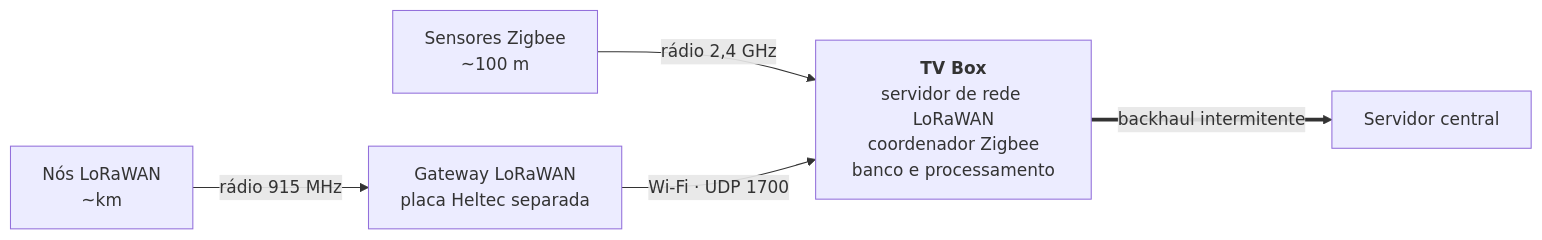
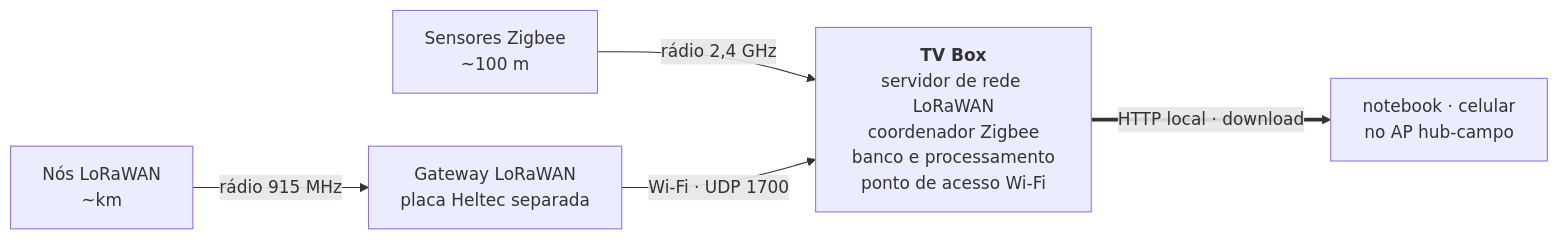
Before and after one commit to gasiepgodoy/Hackathon-TV-Box-E10: the diagram in Projeto Equipe 6/docs/arquitetura.md, drawn with Mermaid. The commit also changed other lines of this file and 15 other files, not shown here.

````diff
--- a/Projeto Equipe 6/docs/arquitetura.md
+++ b/Projeto Equipe 6/docs/arquitetura.md
@@ -19,12 +19,12 @@
 ```mermaid
 flowchart LR
     Z["Sensores Zigbee<br/>~100 m"]
     L["Nós LoRaWAN<br/>~km"]
     G["Gateway LoRaWAN<br/>placa Heltec separada"]
-    B["<b>TV Box</b><br/>servidor de rede LoRaWAN<br/>coordenador Zigbee<br/>banco e processamento"]
-    S["Servidor central"]
+    B["<b>TV Box</b><br/>servidor de rede LoRaWAN<br/>coordenador Zigbee<br/>banco e processamento<br/>ponto de acesso Wi-Fi"]
+    N["notebook · celular<br/>no AP hub-campo"]
 
     Z -->|"rádio 2,4 GHz"| B
     L -->|"rádio 915 MHz"| G -->|"Wi-Fi · UDP 1700"| B
-    B ==>|"backhaul intermitente"| S
+    B ==>|"HTTP local · download"| N
 ```
````
